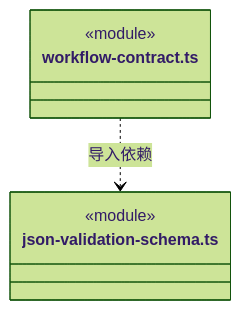
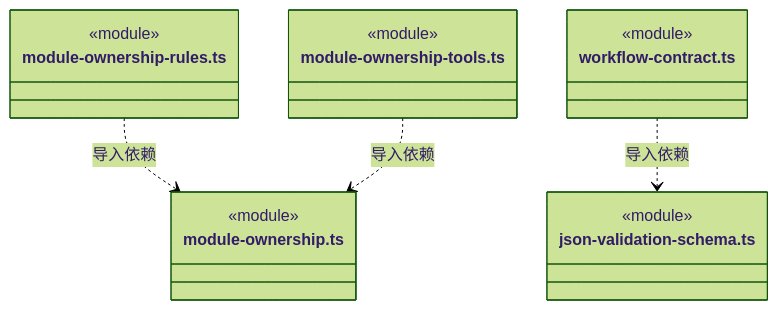
Diagram 20 of 21 in src/backend/core/workspace/ARCHITECTURE.md (nan023062/cbim), drawn with Mermaid (forest theme) before and after one commit. The commit also changed other lines of this file and 77 other files, not shown here.

````diff
--- a/src/backend/core/workspace/ARCHITECTURE.md
+++ b/src/backend/core/workspace/ARCHITECTURE.md
@@ -155,10 +460,21 @@
 ```mermaid
 classDiagram
+class N_src_backend_core_workspace_module_ownership_rules_ts["module-ownership-rules.ts"] {
+  <<module>>
+}
+class N_src_backend_core_workspace_module_ownership_ts["module-ownership.ts"] {
+  <<module>>
+}
+class N_src_backend_core_workspace_module_ownership_tools_ts["module-ownership-tools.ts"] {
+  <<module>>
+}
 class N_src_backend_core_workspace_workflow_contract_ts["workflow-contract.ts"] {
   <<module>>
 }
 class N_src_backend_core_workspace_json_validation_schema_ts["json-validation-schema.ts"] {
   <<module>>
 }
+N_src_backend_core_workspace_module_ownership_rules_ts ..> N_src_backend_core_workspace_module_ownership_ts : 导入依赖
+N_src_backend_core_workspace_module_ownership_tools_ts ..> N_src_backend_core_workspace_module_ownership_ts : 导入依赖
 N_src_backend_core_workspace_workflow_contract_ts ..> N_src_backend_core_workspace_json_validation_schema_ts : 导入依赖
 ```
````
